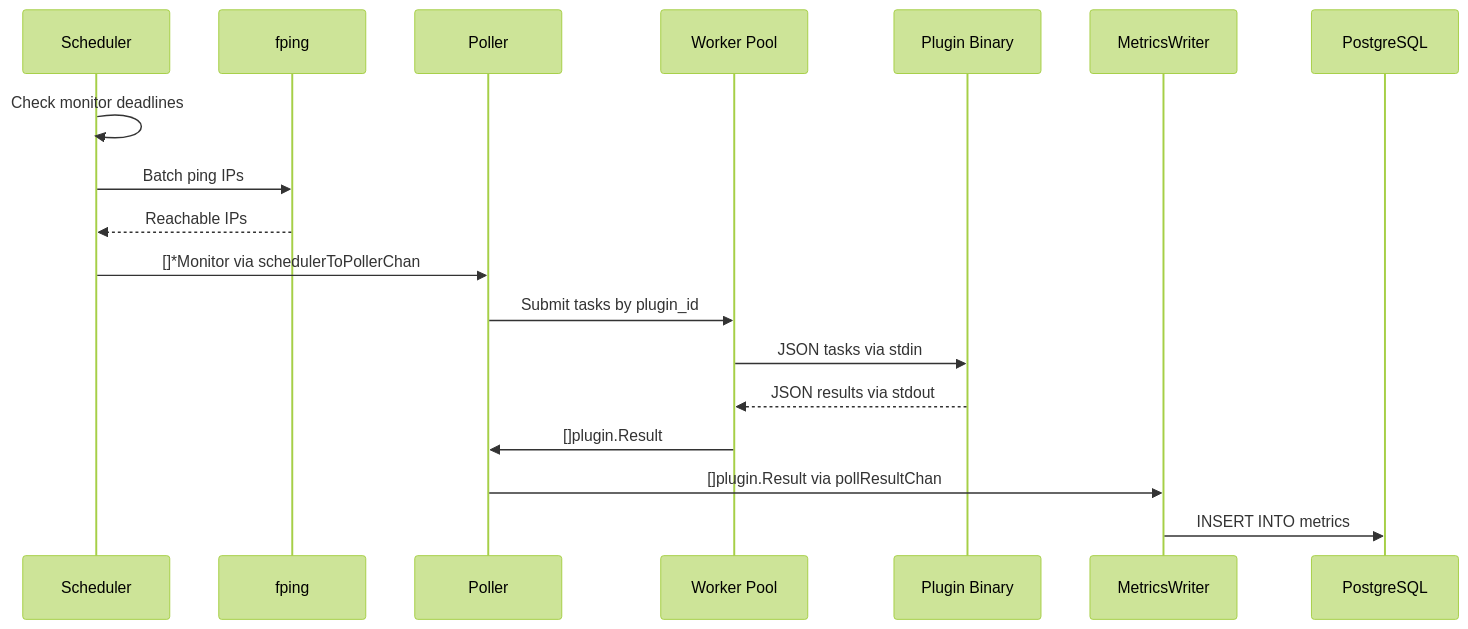
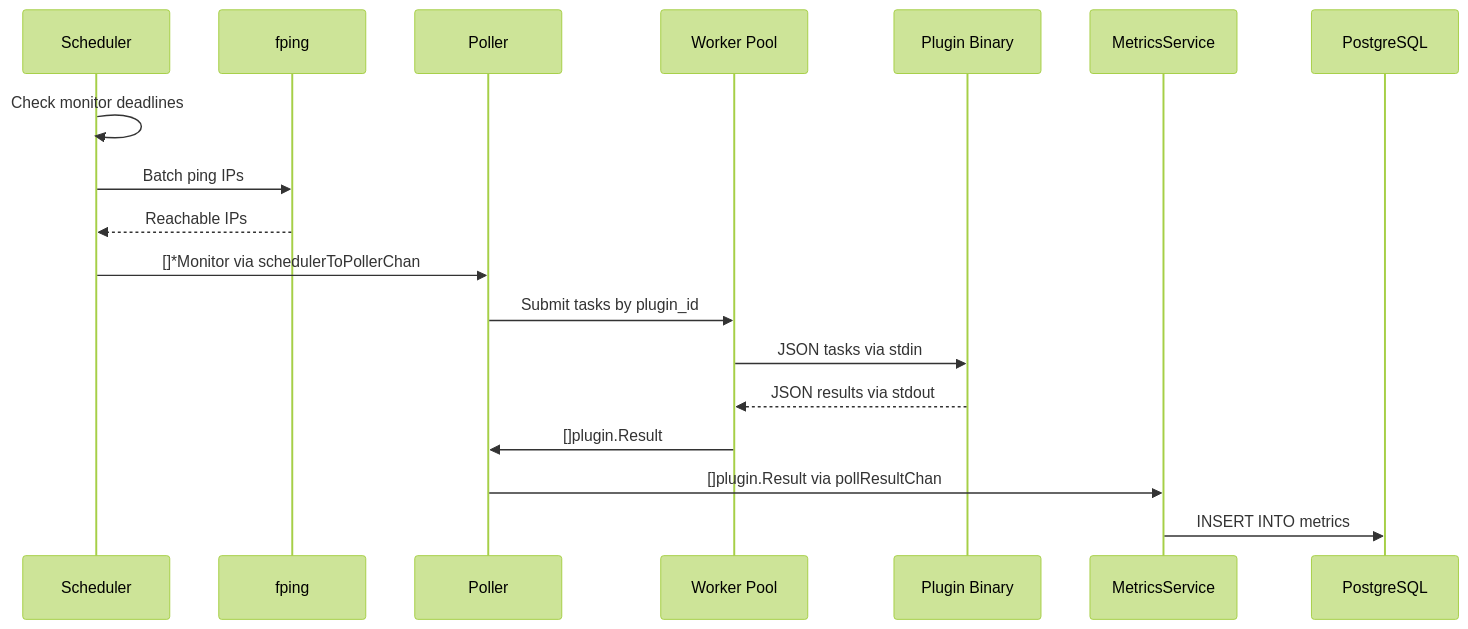
The fourth of 10 diagrams in ARCHITECTURE.md (PremModhaOfficial/nms), drawn with Mermaid (forest theme) before and after one commit. The commit also changed other lines of this file and 24 other files, not shown here.

````diff
--- a/ARCHITECTURE.md
+++ b/ARCHITECTURE.md
@@ -162,21 +160,21 @@
 ```mermaid
 sequenceDiagram
     participant SCH as Scheduler
     participant FPING as fping
     participant POL as Poller
     participant POOL as Worker Pool
     participant PLUGIN as Plugin Binary
-    participant MW as MetricsWriter
+    participant MS as MetricsService
     participant DB as PostgreSQL
 
     SCH->>SCH: Check monitor deadlines
     SCH->>FPING: Batch ping IPs
     FPING-->>SCH: Reachable IPs
     SCH->>POL: []*Monitor via schedulerToPollerChan
     POL->>POOL: Submit tasks by plugin_id
     POOL->>PLUGIN: JSON tasks via stdin
     PLUGIN-->>POOL: JSON results via stdout
     POOL->>POL: []plugin.Result
-    POL->>MW: []plugin.Result via pollResultChan
-    MW->>DB: INSERT INTO metrics
+    POL->>MS: []plugin.Result via pollResultChan
+    MS->>DB: INSERT INTO metrics
 ```
````
